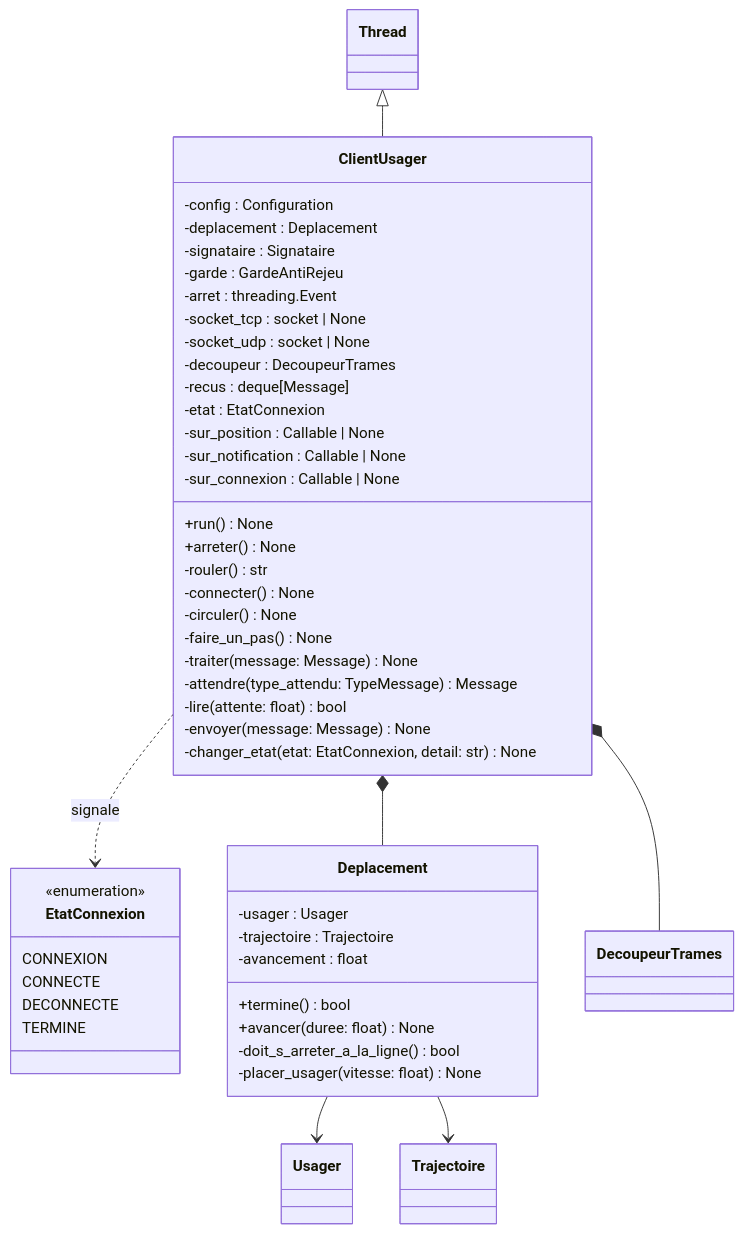
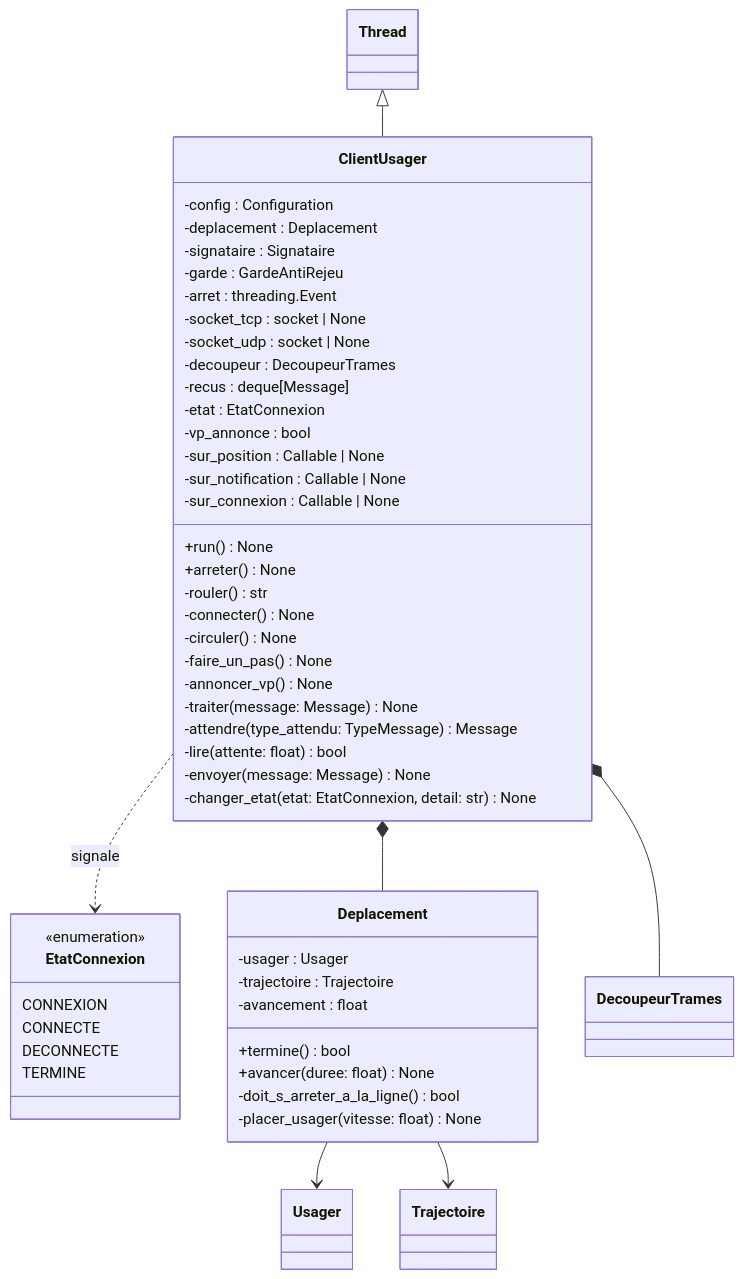
The ninth of 10 diagrams in docs/uml.md (vRayzix/SAE3.02_Developper-une-application-communicante), drawn with Mermaid before and after one commit. The commit also changed other lines of this file, not shown here.

Commit message:
docs(uml): étape du trajet, densité et passages des véhicules prioritaires

````diff
--- a/docs/uml.md
+++ b/docs/uml.md
@@ -484,56 +529,58 @@
 ```mermaid
 classDiagram
     class Thread
 
     class EtatConnexion {
         <<enumeration>>
         CONNEXION
         CONNECTE
         DECONNECTE
         TERMINE
     }
 
     class ClientUsager {
         -config : Configuration
         -deplacement : Deplacement
         -signataire : Signataire
         -garde : GardeAntiRejeu
         -arret : threading.Event
         -socket_tcp : socket | None
         -socket_udp : socket | None
         -decoupeur : DecoupeurTrames
         -recus : deque[Message]
         -etat : EtatConnexion
+        -vp_annonce : bool
         -sur_position : Callable | None
         -sur_notification : Callable | None
         -sur_connexion : Callable | None
         +run() None
         +arreter() None
         -rouler() str
         -connecter() None
         -circuler() None
         -faire_un_pas() None
+        -annoncer_vp() None
         -traiter(message: Message) None
         -attendre(type_attendu: TypeMessage) Message
         -lire(attente: float) bool
         -envoyer(message: Message) None
         -changer_etat(etat: EtatConnexion, detail: str) None
     }
 
     class Deplacement {
         -usager : Usager
         -trajectoire : Trajectoire
         -avancement : float
         +termine() bool
         +avancer(duree: float) None
         -doit_s_arreter_a_la_ligne() bool
         -placer_usager(vitesse: float) None
     }
 
     Thread <|-- ClientUsager
     ClientUsager *-- Deplacement
     ClientUsager ..> EtatConnexion : signale
     ClientUsager *-- DecoupeurTrames
     Deplacement --> Usager
     Deplacement --> Trajectoire
 ```
````
